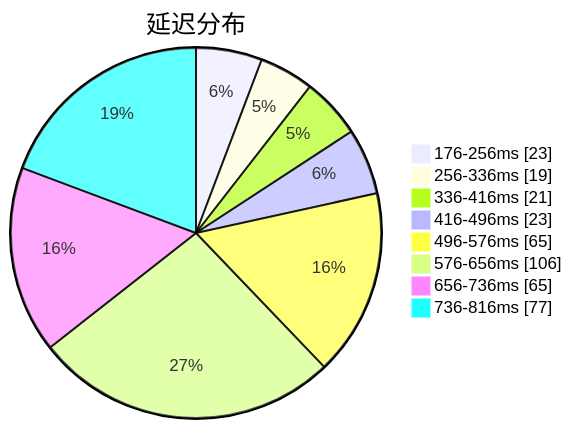
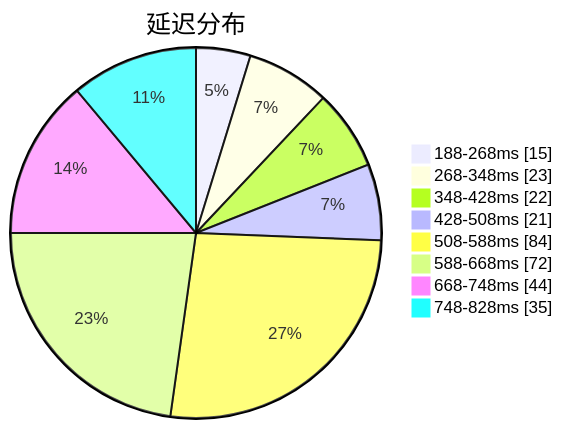
One commit to qjlxg/airport changed the first of 3 diagrams in subs/statistics/tested_within.md. Above: the diagram before and after it, drawn with Mermaid. The commit also changed other lines of this file and 2 other files, not shown here.

Commit message:
Tested by metaST

````diff
--- a/subs/statistics/tested_within.md
+++ b/subs/statistics/tested_within.md
@@ -2,12 +2,12 @@
 ```mermaid
 pie showData
 title 延迟分布
-"176-256ms" : 23
-"256-336ms" : 19
-"336-416ms" : 21
-"416-496ms" : 23
-"496-576ms" : 65
-"576-656ms" : 106
-"656-736ms" : 65
-"736-816ms" : 77
+"188-268ms" : 15
+"268-348ms" : 23
+"348-428ms" : 22
+"428-508ms" : 21
+"508-588ms" : 84
+"588-668ms" : 72
+"668-748ms" : 44
+"748-828ms" : 35
 ```
````
